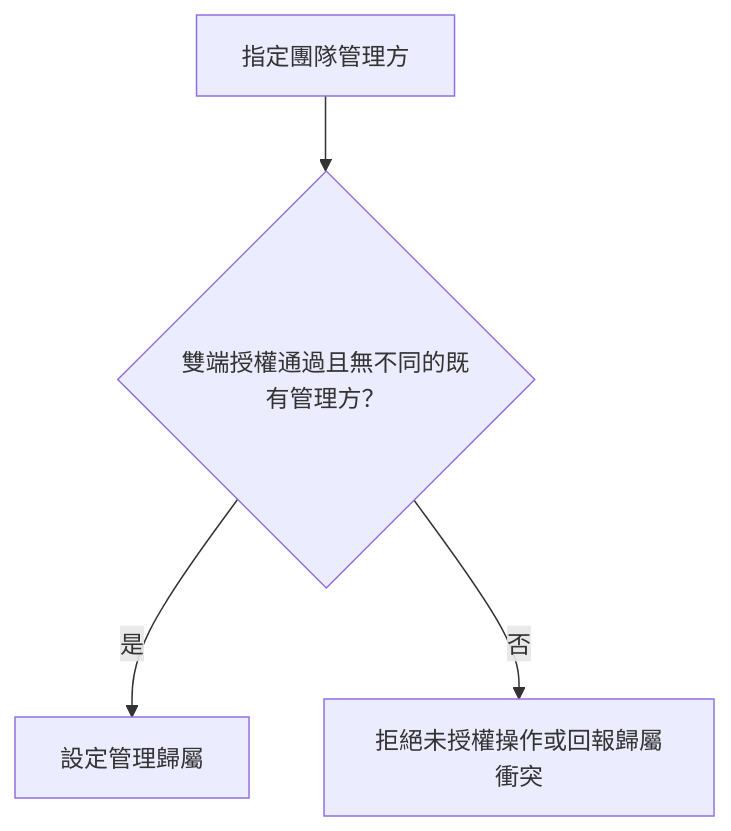
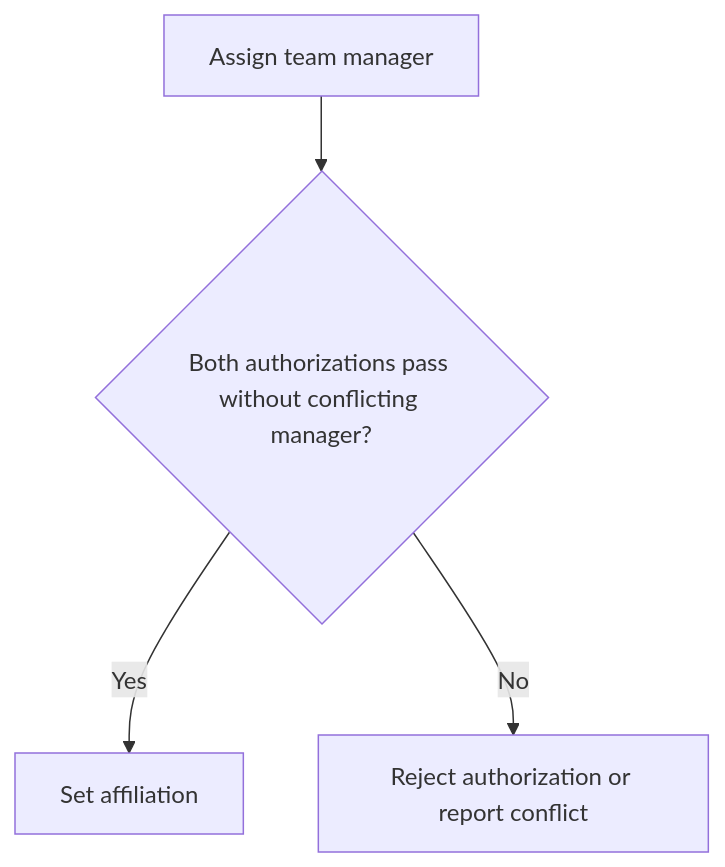
One commit to 963sup/line-mini-app-bot changed the diagram in docs/domains/team/README.md. Above: the diagram before and after it, drawn with Mermaid. The commit also changed other lines of this file and 341 other files, not shown here.

````diff
--- a/docs/domains/team/README.md
+++ b/docs/domains/team/README.md
@@ -25,6 +31,6 @@
 ```mermaid
 flowchart TD
-    start["指定團隊管理方"] --> gate{"雙端授權通過且無不同的既有管理方？"}
-    gate -->|是| ok["設定管理歸屬"]
-    gate -->|否| stop["拒絕未授權操作或回報歸屬衝突"]
+    start["Assign team manager"] --> gate{"Both authorizations pass without conflicting manager?"}
+    gate -->|Yes| ok["Set affiliation"]
+    gate -->|No| stop["Reject authorization or report conflict"]
 ```
````
